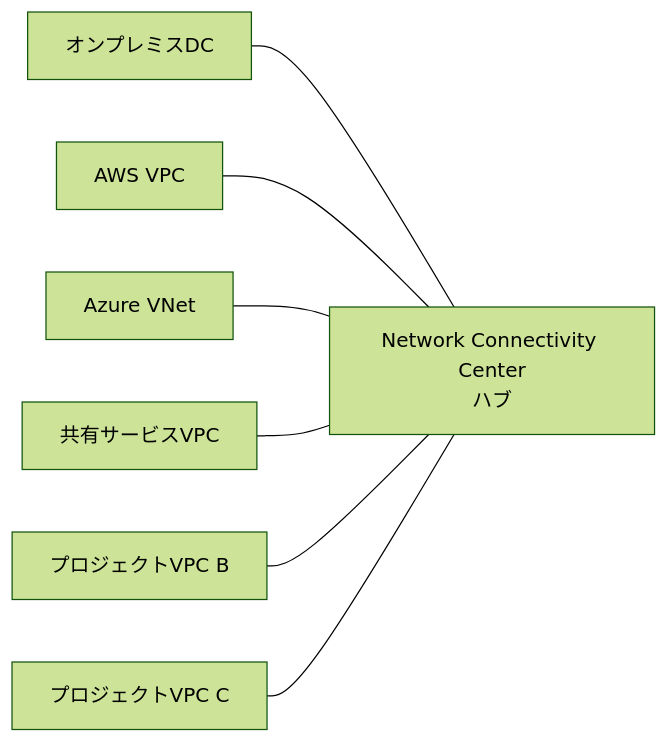
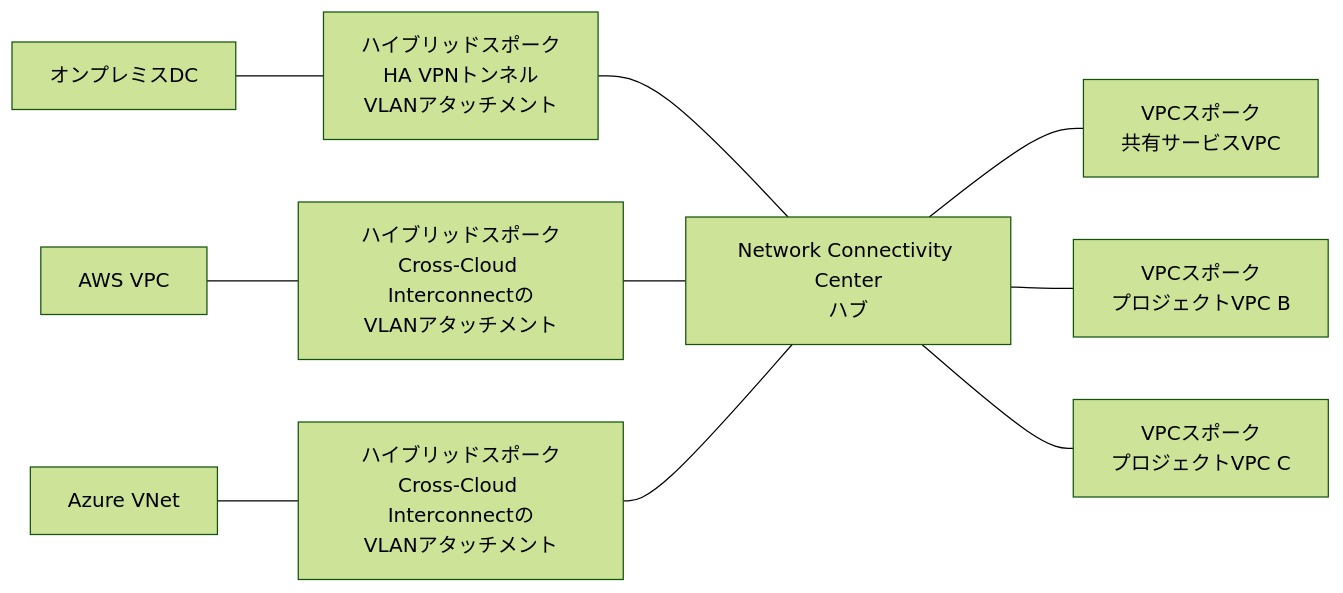
One commit to myoshi2891/Cloud-Infrastructure-Studies changed the third of 17 diagrams in Gcp-pca-section2-managing-provisioning.md. Above: the diagram before and after it, drawn with Mermaid (forest theme). The commit also changed other lines of this file and 1 other file, not shown here.

Commit message:
docs(study-guides): update PCA section 2 content and AGWA section 3 DLP diagram

````diff
--- a/Gcp-pca-section2-managing-provisioning.md
+++ b/Gcp-pca-section2-managing-provisioning.md
@@ -123,9 +123,12 @@
 ```mermaid
 graph LR
-    Onprem["オンプレミスDC"] --- Hub["Network Connectivity Center<br/>ハブ"]
-    AWS["AWS VPC"] --- Hub
-    Azure["Azure VNet"] --- Hub
-    VPCA["共有サービスVPC"] --- Hub
-    VPCB["プロジェクトVPC B"] --- Hub
-    VPCC["プロジェクトVPC C"] --- Hub
+    Onprem["オンプレミスDC"] --- HybridOnprem["ハイブリッドスポーク<br/>HA VPNトンネル<br/>VLANアタッチメント"]
+    AWS["AWS VPC"] --- HybridAWS["ハイブリッドスポーク<br/>Cross-Cloud Interconnectの<br/>VLANアタッチメント"]
+    Azure["Azure VNet"] --- HybridAzure["ハイブリッドスポーク<br/>Cross-Cloud Interconnectの<br/>VLANアタッチメント"]
+    HybridOnprem --- Hub["Network Connectivity Center<br/>ハブ"]
+    HybridAWS --- Hub
+    HybridAzure --- Hub
+    Hub --- VPCA["VPCスポーク<br/>共有サービスVPC"]
+    Hub --- VPCB["VPCスポーク<br/>プロジェクトVPC B"]
+    Hub --- VPCC["VPCスポーク<br/>プロジェクトVPC C"]
 ```
````
